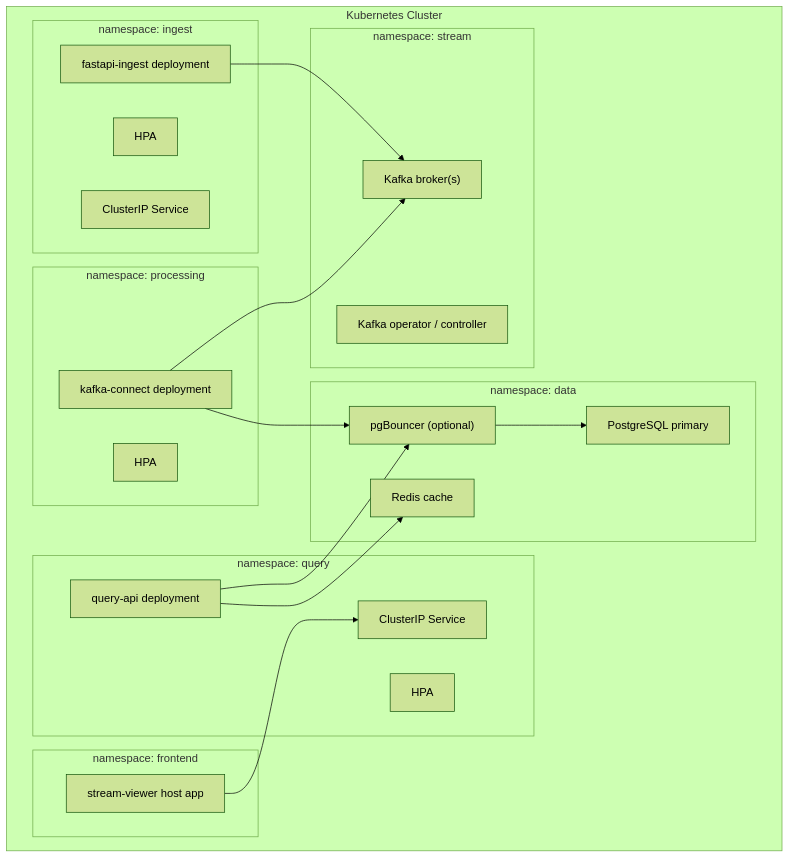
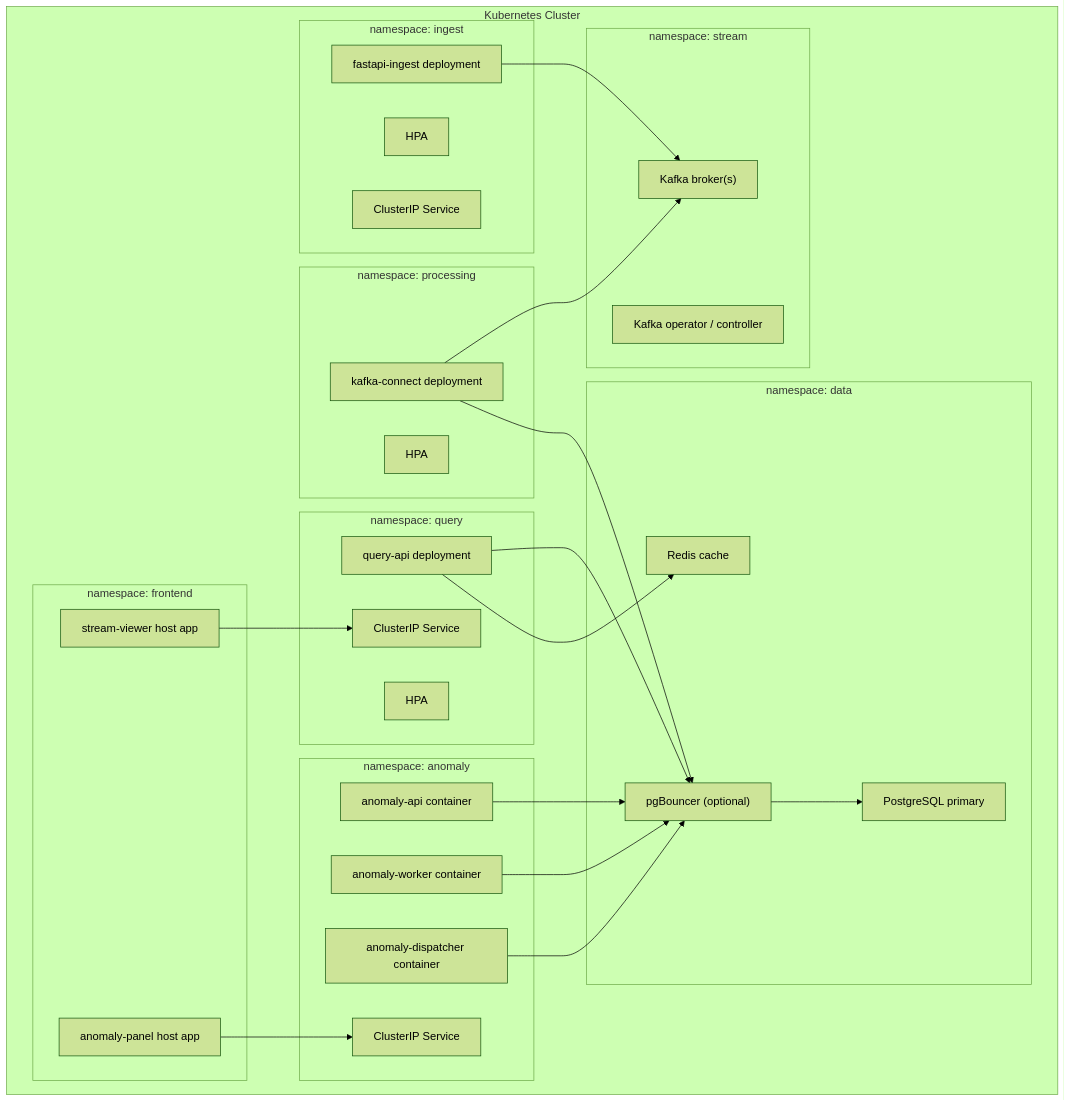
The fifth of 5 diagrams in docs/01-overview.md (donghoonpark/aetus), drawn with Mermaid (forest theme) before and after one commit. The commit also changed other lines of this file and 36 other files, not shown here.

````diff
--- a/docs/01-overview.md
+++ b/docs/01-overview.md
@@ -289,44 +339,56 @@
 ```mermaid
 flowchart TB
     subgraph K8S["Kubernetes Cluster"]
         subgraph NS1["namespace: ingest"]
             ING["fastapi-ingest deployment"]
             HPA1["HPA"]
             SVC1["ClusterIP Service"]
         end
 
         subgraph NS2["namespace: stream"]
             K1["Kafka broker(s)"]
             K2["Kafka operator / controller"]
         end
 
         subgraph NS3["namespace: processing"]
             KC["kafka-connect deployment"]
             HPA2["HPA"]
         end
 
         subgraph NS4["namespace: data"]
             PG1["PostgreSQL primary"]
             PGB["pgBouncer (optional)"]
             RDS["Redis cache"]
         end
 
         subgraph NS5["namespace: query"]
             QAPI["query-api deployment"]
             HPA3["HPA"]
             QSvc["ClusterIP Service"]
         end
 
-        subgraph NS6["namespace: frontend"]
+        subgraph NS6["namespace: anomaly"]
+            ANAPI["anomaly-api container"]
+            ANWORK["anomaly-worker container"]
+            ANDISP["anomaly-dispatcher container"]
+            ASvc["ClusterIP Service"]
+        end
+
+        subgraph NS7["namespace: frontend"]
             VIEW["stream-viewer host app"]
+            APV["anomaly-panel host app"]
         end
     end
 
     ING --> K1
     KC --> K1
     KC --> PGB
     PGB --> PG1
     QAPI --> PGB
     QAPI --> RDS
+    ANAPI --> PGB
+    ANWORK --> PGB
+    ANDISP --> PGB
     VIEW --> QSvc
+    APV --> ASvc
 ```
````
